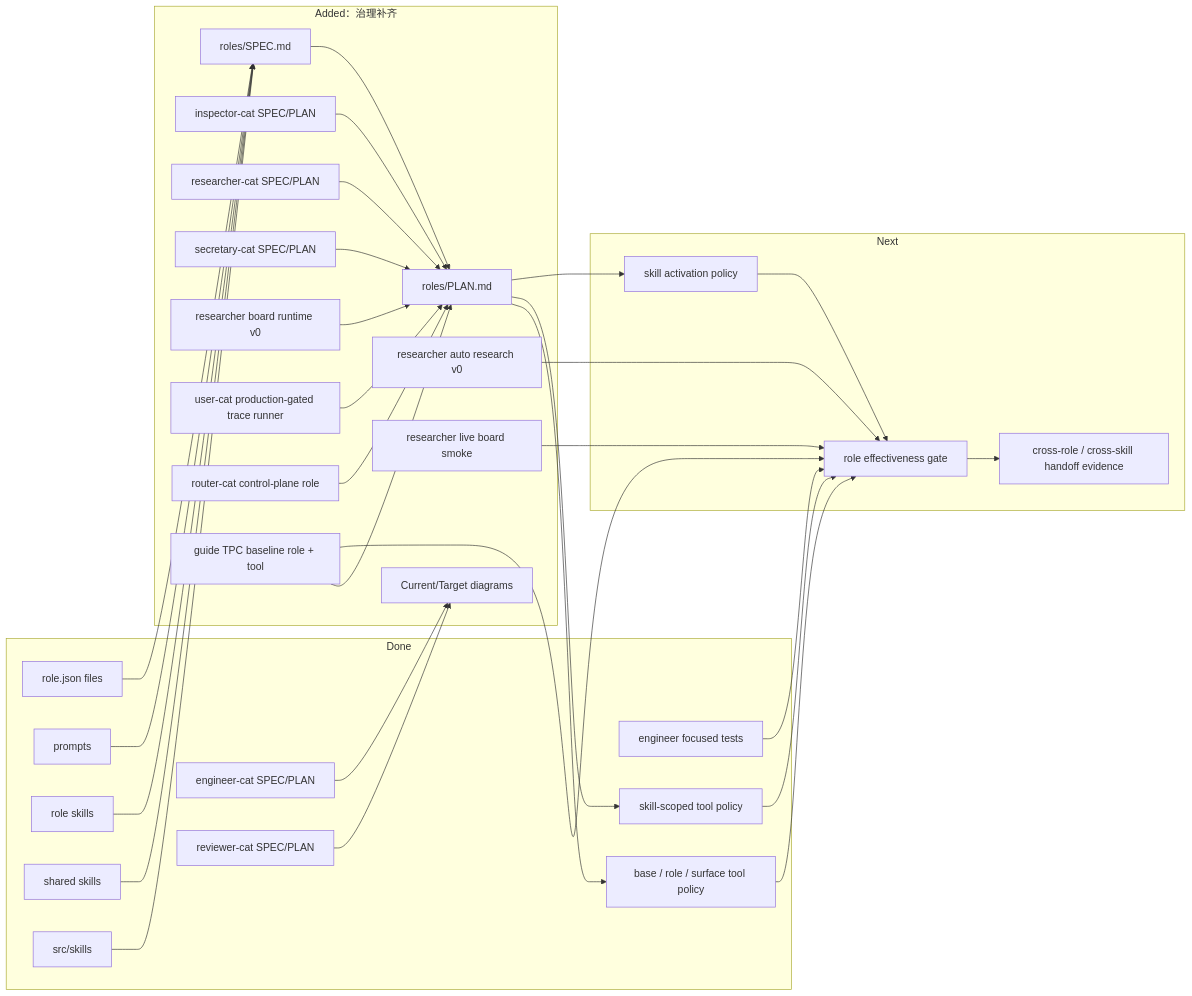
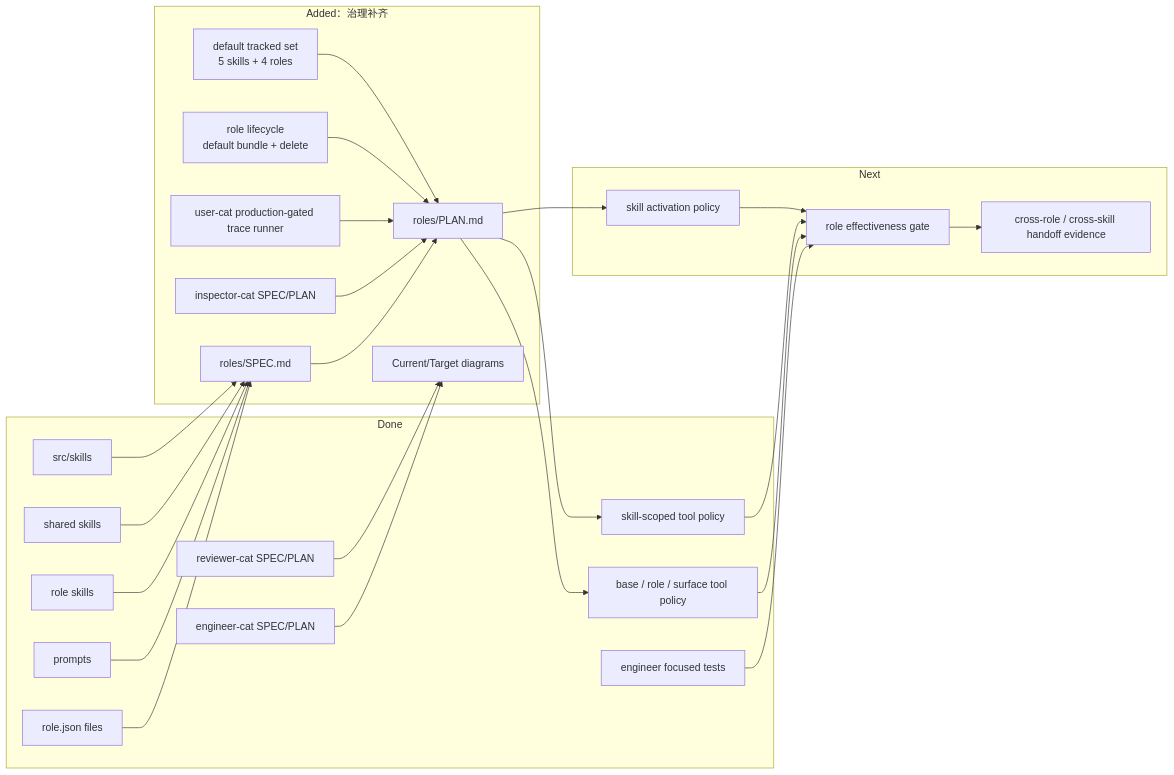
One commit to fightheyyy/XiaoBa-CLI changed the diagram in roles/PLAN.md. Above: the diagram before and after it, drawn with Mermaid. The commit also changed other lines of this file and 100 other files, not shown here.

````diff
--- a/roles/PLAN.md
+++ b/roles/PLAN.md
@@ -19,63 +15,52 @@
 ```mermaid
 flowchart LR
     subgraph Done["Done"]
         RoleJson["role.json files"]
         Prompts["prompts"]
         Skills["role skills"]
         SharedSkills["shared skills"]
         SkillRuntime["src/skills"]
         EngineerDocs["engineer-cat SPEC/PLAN"]
         EngineerChecks["engineer focused tests"]
         ReviewerDocs["reviewer-cat SPEC/PLAN"]
         ToolPolicy["base / role / surface tool policy"]
         ScopedPolicy["skill-scoped tool policy"]
     end
 
     subgraph Added["Added：治理补齐"]
         RolesSpec["roles/SPEC.md"]
         RolesPlan["roles/PLAN.md"]
         InspectorDocs["inspector-cat SPEC/PLAN"]
-        ResearcherDocs["researcher-cat SPEC/PLAN"]
-        SecretaryDocs["secretary-cat SPEC/PLAN"]
-        ResearcherRuntime["researcher board runtime v0"]
-        ResearcherAuto["researcher auto research v0"]
-        ResearcherLive["researcher live board smoke"]
         UserAssets["user-cat production-gated trace runner"]
-        RouterAssets["router-cat control-plane role"]
-        GuideAssets["guide TPC baseline role + tool"]
+        RoleLifecycle["role lifecycle<br/>default bundle + delete"]
+        DefaultTracked["default tracked set<br/>5 skills + 4 roles"]
         Diagrams["Current/Target diagrams"]
     end
 
     subgraph Next["Next"]
         RoleEval["role effectiveness gate"]
         SkillPolicy["skill activation policy"]
         Handoff["cross-role / cross-skill handoff evidence"]
     end
 
     RoleJson --> RolesSpec
     Prompts --> RolesSpec
     Skills --> RolesSpec
     SharedSkills --> RolesSpec
     SkillRuntime --> RolesSpec
     EngineerDocs --> Diagrams
     EngineerChecks --> RoleEval
     ReviewerDocs --> Diagrams
     RolesSpec --> RolesPlan
     InspectorDocs --> RolesPlan
-    ResearcherDocs --> RolesPlan
-    ResearcherRuntime --> RolesPlan
-    ResearcherAuto --> RoleEval
-    ResearcherLive --> RoleEval
-    SecretaryDocs --> RolesPlan
     UserAssets --> RolesPlan
-    RouterAssets --> RolesPlan
-    GuideAssets --> RolesPlan
-    GuideAssets --> RoleEval
+    RoleLifecycle --> RolesPlan
+    DefaultTracked --> RolesPlan
     RolesPlan --> ToolPolicy
     RolesPlan --> ScopedPolicy
     RolesPlan --> SkillPolicy
     ToolPolicy --> RoleEval
     ScopedPolicy --> RoleEval
     SkillPolicy --> RoleEval
     RoleEval --> Handoff
 ```
````
